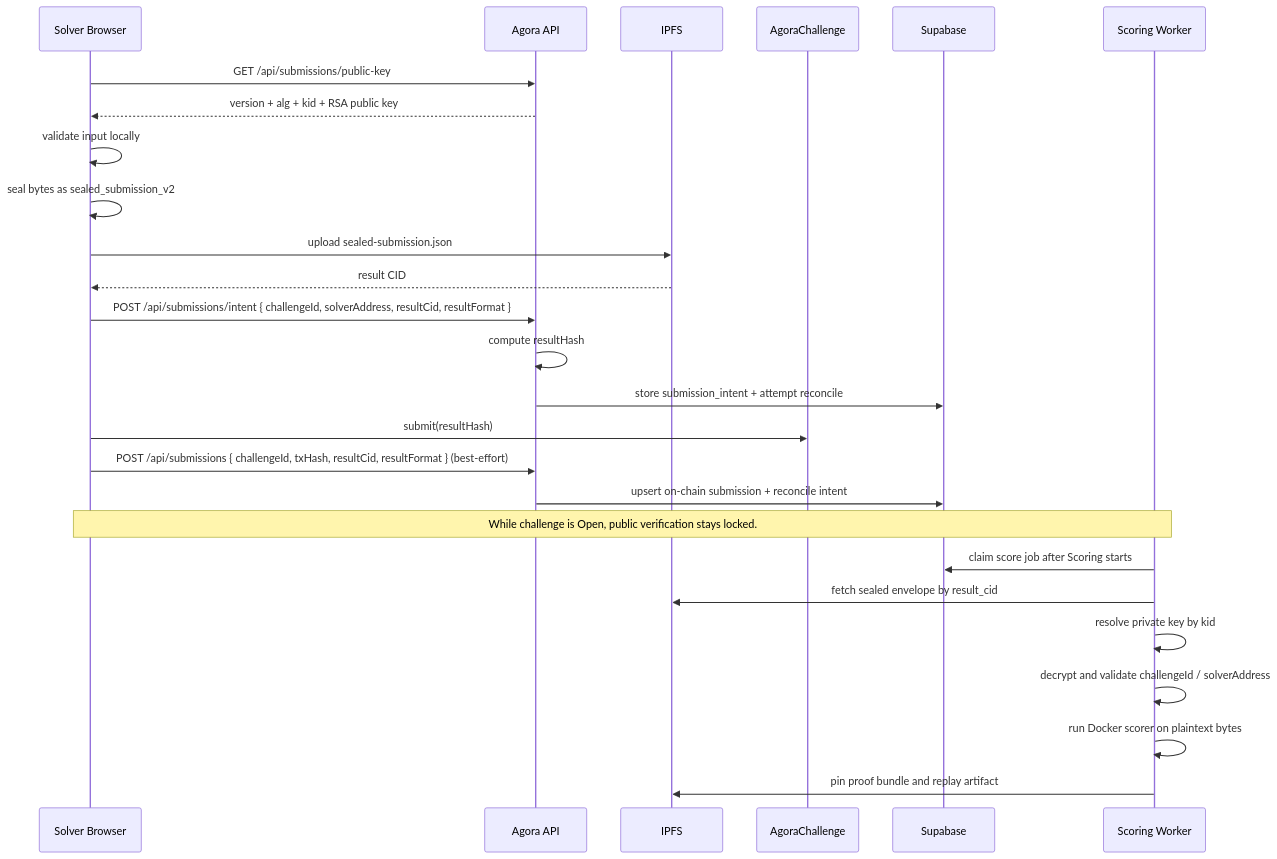
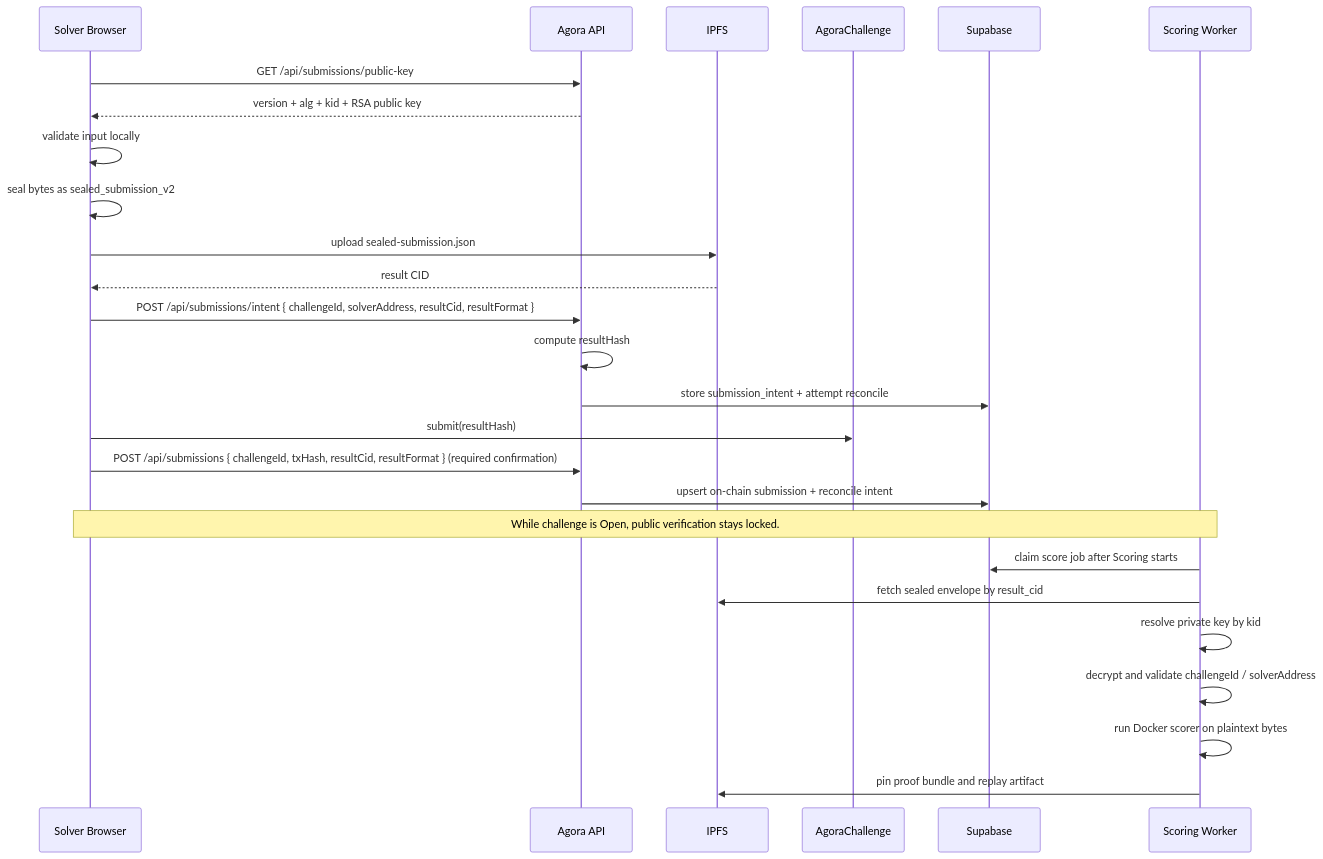
One commit to andymolecule/Hermes changed the diagram in docs/submission-privacy.md. Above: the diagram before and after it, drawn with Mermaid. The commit also changed other lines of this file and 4 other files, not shown here.

````diff
--- a/docs/submission-privacy.md
+++ b/docs/submission-privacy.md
@@ -74,31 +74,31 @@
 ```mermaid
 sequenceDiagram
     participant Solver as Solver Browser
     participant API as Agora API
     participant IPFS as IPFS
     participant Chain as AgoraChallenge
     participant DB as Supabase
     participant Worker as Scoring Worker
 
     Solver->>API: GET /api/submissions/public-key
     API-->>Solver: version + alg + kid + RSA public key
     Solver->>Solver: validate input locally
     Solver->>Solver: seal bytes as sealed_submission_v2
     Solver->>IPFS: upload sealed-submission.json
     IPFS-->>Solver: result CID
     Solver->>API: POST /api/submissions/intent { challengeId, solverAddress, resultCid, resultFormat }
     API->>API: compute resultHash
     API->>DB: store submission_intent + attempt reconcile
     Solver->>Chain: submit(resultHash)
-    Solver->>API: POST /api/submissions { challengeId, txHash, resultCid, resultFormat } (best-effort)
+    Solver->>API: POST /api/submissions { challengeId, txHash, resultCid, resultFormat } (required confirmation)
     API->>DB: upsert on-chain submission + reconcile intent
 
     Note over Solver,Worker: While challenge is Open, public verification stays locked.
 
     Worker->>DB: claim score job after Scoring starts
     Worker->>IPFS: fetch sealed envelope by result_cid
     Worker->>Worker: resolve private key by kid
     Worker->>Worker: decrypt and validate challengeId / solverAddress
     Worker->>Worker: run Docker scorer on plaintext bytes
     Worker->>IPFS: pin proof bundle and replay artifact
 ```
````
